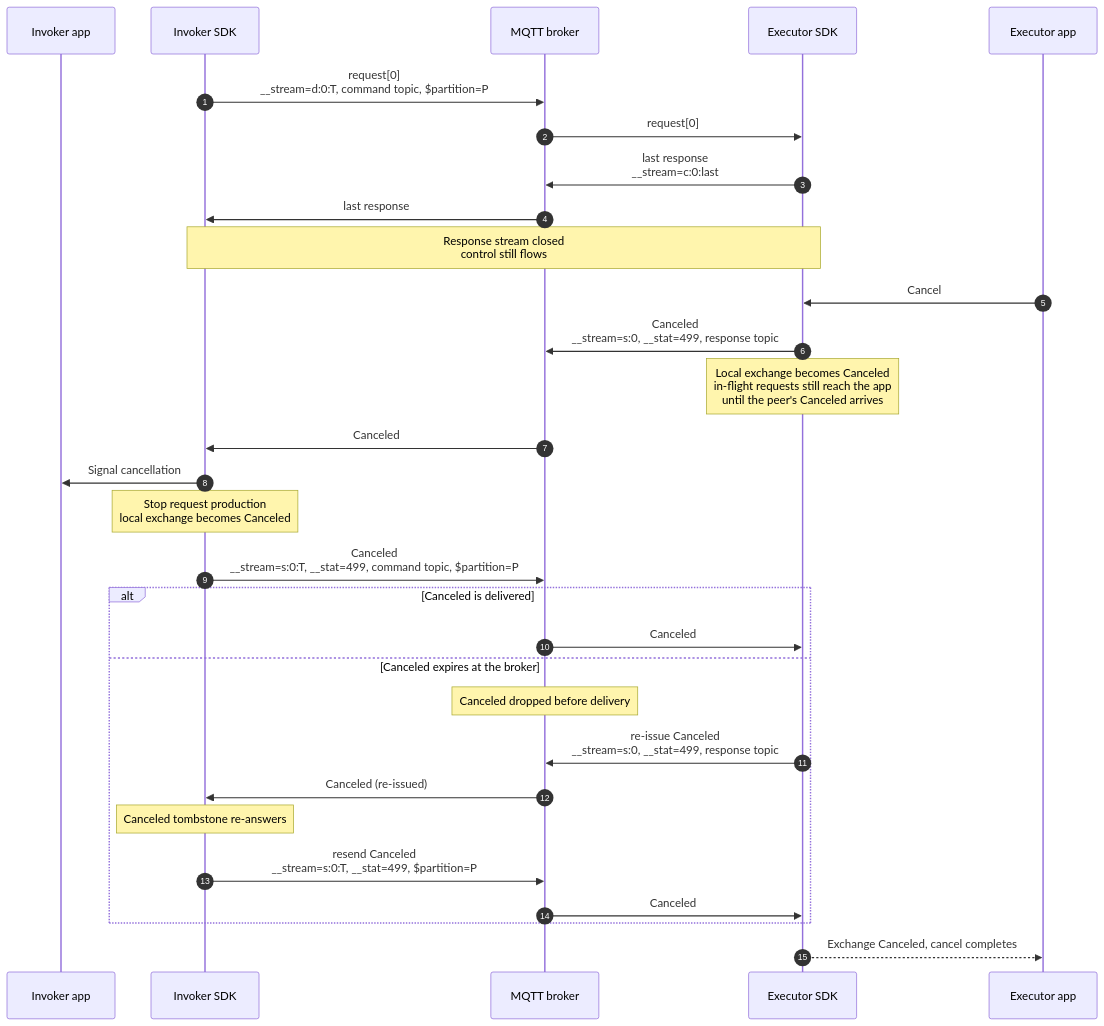
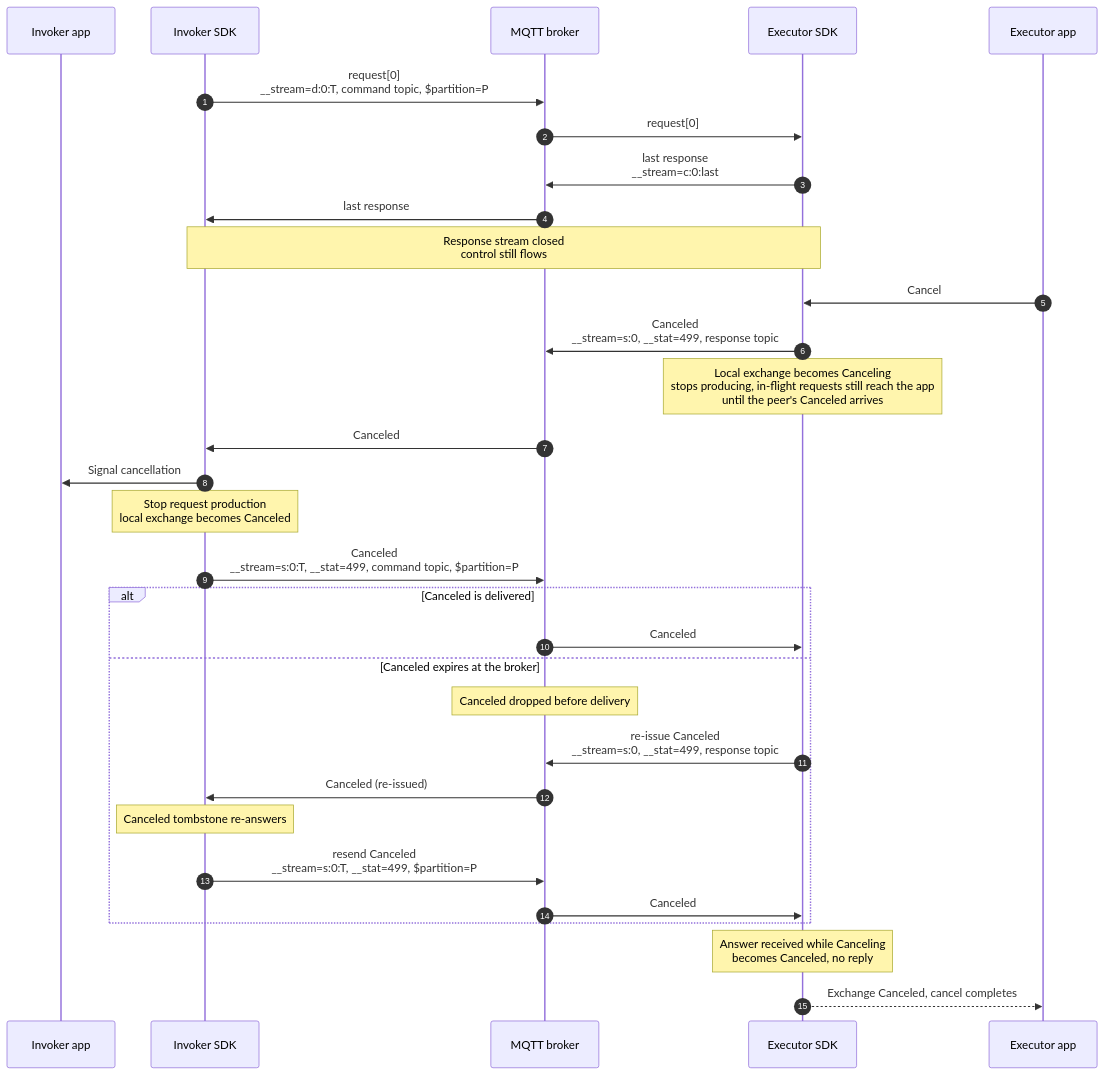
Before and after one commit to Azure/iot-operations-sdks: the sixth of 10 diagrams in doc/dev/adr/0025-rpc-streaming-lifecycle-diagrams.md, drawn with Mermaid. The commit also changed other lines of this file and 3 other files, not shown here.

````diff
--- a/doc/dev/adr/0025-rpc-streaming-lifecycle-diagrams.md
+++ b/doc/dev/adr/0025-rpc-streaming-lifecycle-diagrams.md
@@ -241,35 +250,36 @@
 ```mermaid
 sequenceDiagram
     autonumber
     participant IA as Invoker app
     participant IS as Invoker SDK
     participant B as MQTT broker
     participant ES as Executor SDK
     participant EA as Executor app
 
     IS->>B: request[0]<br/>__stream=d:0:T, command topic, $partition=P
     B->>ES: request[0]
     ES->>B: last response<br/>__stream=c:0:last
     B->>IS: last response
     Note over IS,ES: Response stream closed<br/>control still flows
     EA->>ES: Cancel
     ES->>B: Canceled<br/>__stream=s:0, __stat=499, response topic
-    Note over ES: Local exchange becomes Canceled<br/>in-flight requests still reach the app<br/>until the peer's Canceled arrives
+    Note over ES: Local exchange becomes Canceling<br/>stops producing, in-flight requests still reach the app<br/>until the peer's Canceled arrives
     B->>IS: Canceled
     IS->>IA: Signal cancellation
     Note over IS: Stop request production<br/>local exchange becomes Canceled
     IS->>B: Canceled<br/>__stream=s:0:T, __stat=499, command topic, $partition=P
 
     alt Canceled is delivered
         B->>ES: Canceled
     else Canceled expires at the broker
         Note over B: Canceled dropped before delivery
         ES->>B: re-issue Canceled<br/>__stream=s:0, __stat=499, response topic
         B->>IS: Canceled (re-issued)
         Note over IS: Canceled tombstone re-answers
         IS->>B: resend Canceled<br/>__stream=s:0:T, __stat=499, $partition=P
         B->>ES: Canceled
     end
 
+    Note over ES: Answer received while Canceling<br/>becomes Canceled, no reply
     ES-->>EA: Exchange Canceled, cancel completes
 ```
````
